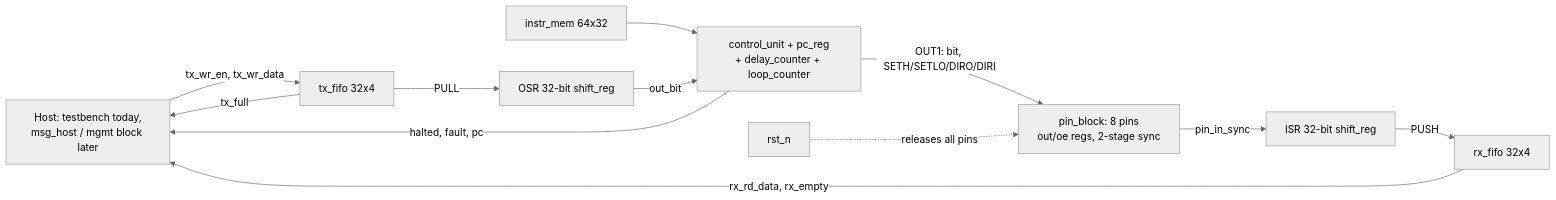
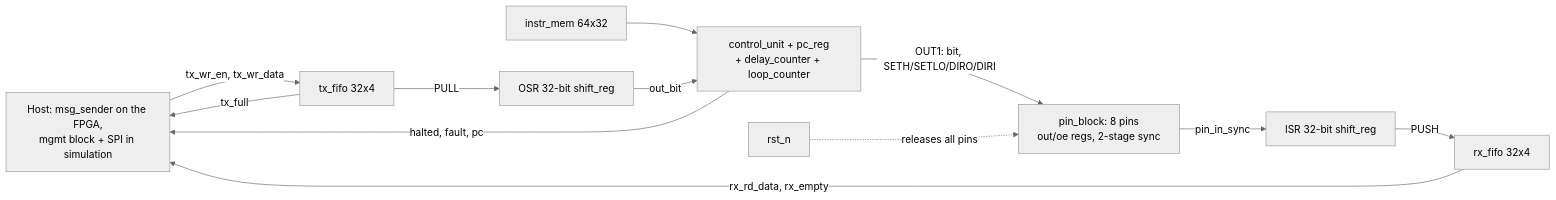
One commit to Rishadd/protocol_emulator changed the diagram in docs/WORKSTREAM1_ARCHITECTURE.md. Above: the diagram before and after it, drawn with Mermaid (neutral theme). The commit also changed other lines of this file and 33 other files, not shown here.

````diff
--- a/docs/WORKSTREAM1_ARCHITECTURE.md
+++ b/docs/WORKSTREAM1_ARCHITECTURE.md
@@ -201,14 +226,14 @@
 ```mermaid
 flowchart LR
-    Host[Host: testbench today,<br/>msg_host / mgmt block later] -->|tx_wr_en, tx_wr_data| TXF[tx_fifo 32x4]
+    Host[Host: msg_sender on the FPGA,<br/>mgmt block + SPI in simulation] -->|tx_wr_en, tx_wr_data| TXF[tx_fifo 32x4]
     TXF -->|tx_full| Host
     TXF -->|PULL| OSR[OSR 32-bit shift_reg]
     IMem[instr_mem 64x32] --> CU[control_unit + pc_reg<br/>+ delay_counter + loop_counter]
     CU -->|OUT1: bit, SETH/SETLO/DIRO/DIRI| Pins[pin_block: 8 pins<br/>out/oe regs, 2-stage sync]
     OSR -->|out_bit| CU
     Pins -->|pin_in_sync| ISR[ISR 32-bit shift_reg]
     ISR -->|PUSH| RXF[rx_fifo 32x4]
     RXF -->|rx_rd_data, rx_empty| Host
     CU -->|halted, fault, pc| Host
     Reset[rst_n] -.->|releases all pins| Pins
 ```
````
